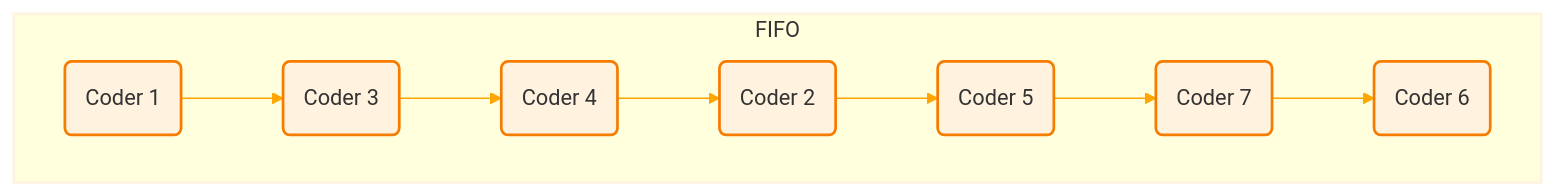
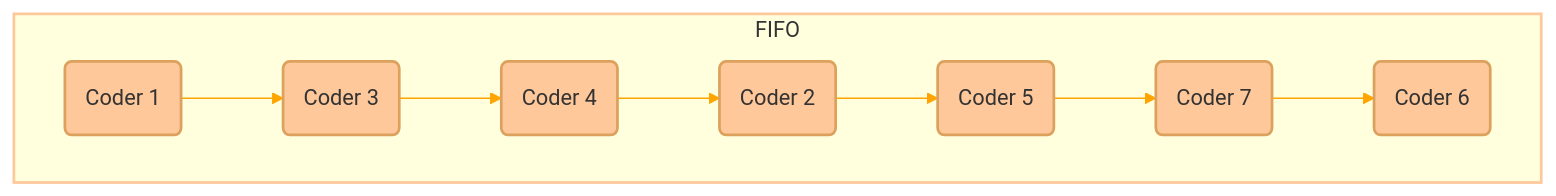
Before and after one commit to noemiepi/Codexion: the third of 4 diagrams in README.md, drawn with Mermaid. The commit also changed other lines of this file and 3 other files, not shown here.

````diff
--- a/README.md
+++ b/README.md
@@ -162,19 +168,19 @@
 ```mermaid
 flowchart TD
-    classDef coders fill:#fff3e0,stroke:#f57c00,stroke-width:2px,color:#333;
-    classDef fifo stroke:#fff3e0,stroke-width:2px;
+    classDef coders fill:#fec89a,stroke:#dda15e,stroke-width:2px,color:#333;
+    classDef fifo stroke:#fec89a,stroke-width:2px;
 
     subgraph FIFO
     H(Coder 1) --> I(Coder 3)
     I --> J(Coder 4)
     J --> K(Coder 2)
     K --> L(Coder 5)
     L --> M(Coder 7)
     M --> N(Coder 6)
     end
 
     class FIFO fifo
     class H,I,J,K,L,M,N coders
 
     linkStyle default stroke:orange;
 ```
````
